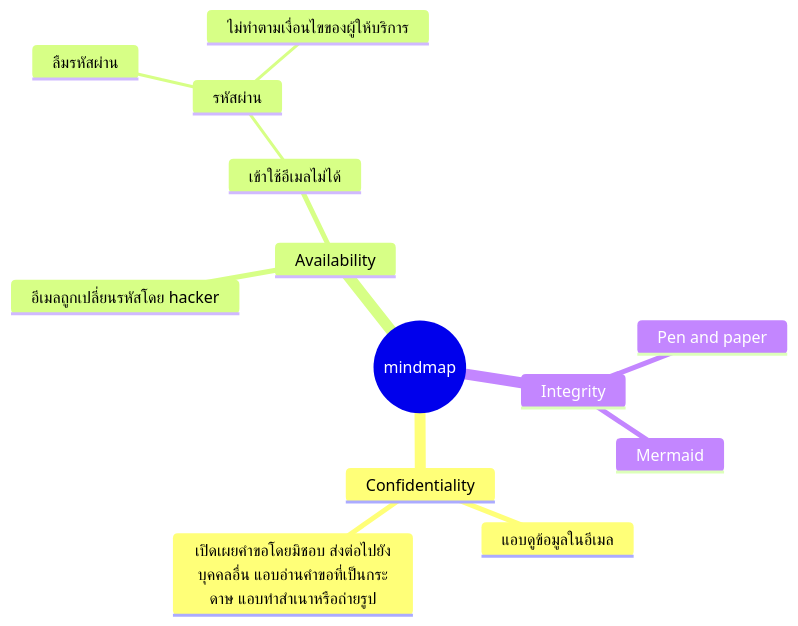
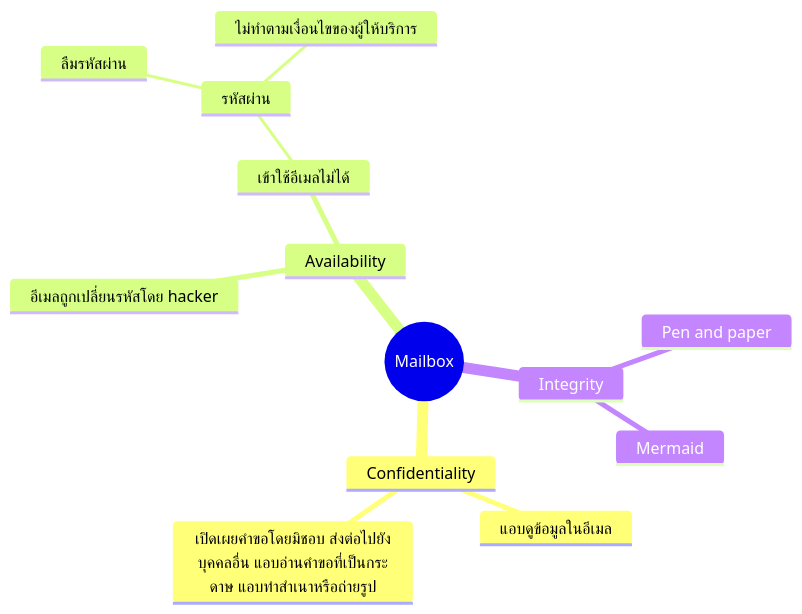
The eighth of 8 diagrams in README.md (Kietpawpan/pdpa), drawn with Mermaid before and after one commit.

````diff
--- a/README.md
+++ b/README.md
@@ -173,17 +173,17 @@
 ```mermaid
 mindmap
-  Data Breach((mindmap))
+  Data Breach((Mailbox))
     Confidentiality
       แอบดูข้อมูลในอีเมล
       ::icon(fa fa-book)
       เปิดเผยคำขอโดยมิชอบ ส่งต่อไปยังบุคคลอื่น แอบอ่านคำขอที่เป็นกระดาษ แอบทำสำเนาหรือถ่ายรูป
     Availability
       อีเมลถูกเปลี่ยนรหัสโดย hacker
       เข้าใช้อีเมลไม่ได้
         รหัสผ่าน
             ลืมรหัสผ่าน
             ไม่ทำตามเงื่อนไขของผู้ให้บริการ
     Integrity
       Pen and paper
       Mermaid
 ```
````
